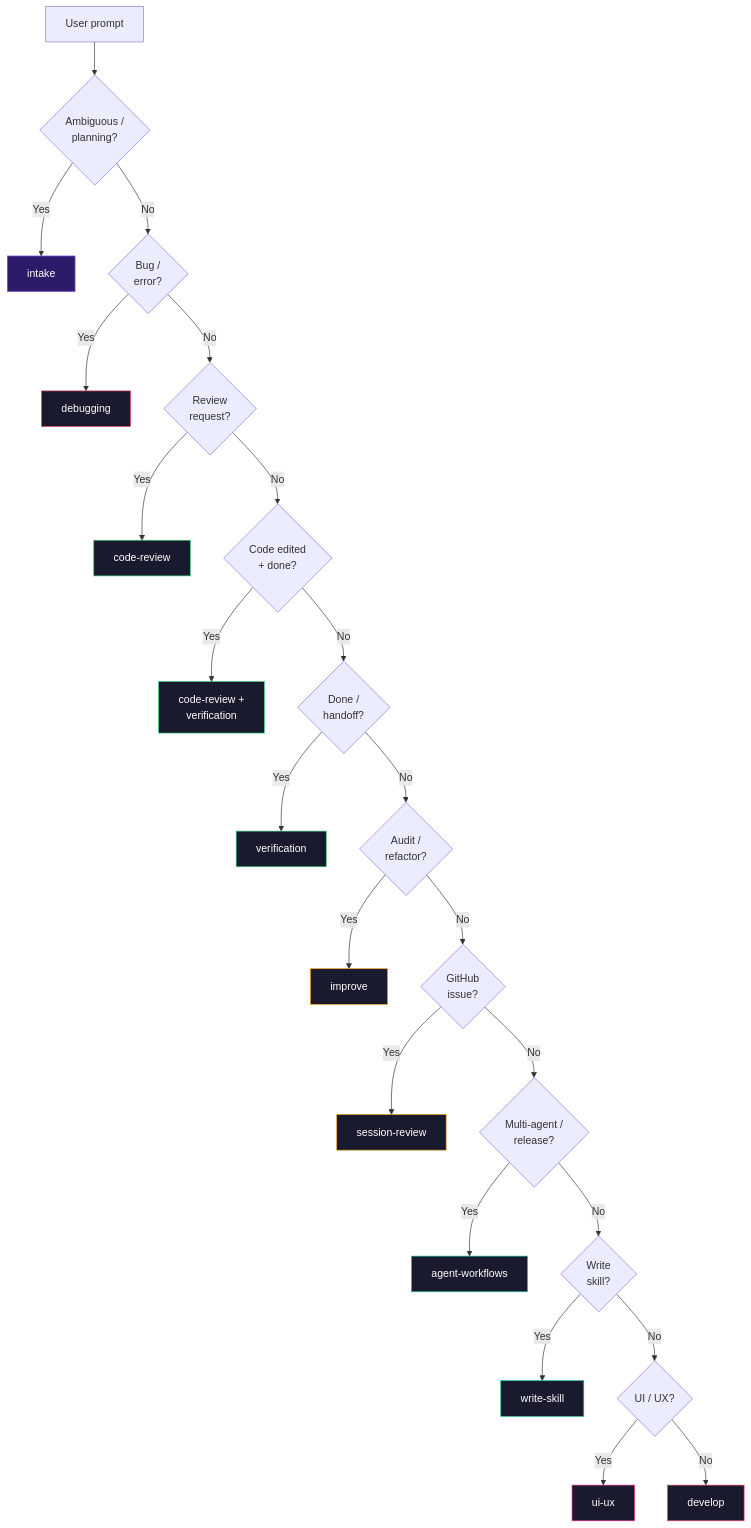
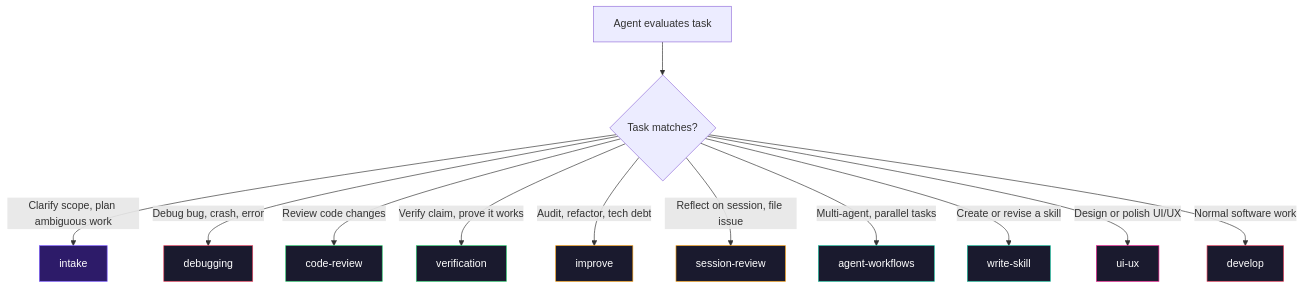
One commit to MarkBovee/agent-skills-kit changed the diagram in README.md. Above: the diagram before and after it, drawn with Mermaid. The commit also changed other lines of this file and 16 other files, not shown here.

````diff
--- a/README.md
+++ b/README.md
@@ -236,36 +222,25 @@
 ```mermaid
 flowchart TD
-    P[User prompt] --> C1{"Ambiguous /<br>planning?"}
-    C1 -->|Yes| I[intake]
-    C1 -->|No| C2{"Bug /<br>error?"}
-    C2 -->|Yes| D[debugging]
-    C2 -->|No| C3{"Review<br>request?"}
-    C3 -->|Yes| CR[code-review]
-    C3 -->|No| C4{"Code edited<br>+ done?"}
-    C4 -->|Yes| CRV["code-review +<br>verification"]
-    C4 -->|No| C5{"Done /<br>handoff?"}
-    C5 -->|Yes| V[verification]
-    C5 -->|No| C6{"Audit /<br>refactor?"}
-    C6 -->|Yes| R[improve]
-    C6 -->|No| C7{"GitHub<br>issue?"}
-    C7 -->|Yes| G["session-review"]
-    C7 -->|No| C8{"Multi-agent /<br>release?"}
-    C8 -->|Yes| A[agent-workflows]
-    C8 -->|No| C9{"Write<br>skill?"}
-    C9 -->|Yes| W[write-skill]
-    C9 -->|No| C10{"UI / UX?"}
-    C10 -->|Yes| U[ui-ux]
-    C10 -->|No| DE[develop]
+    A[Agent evaluates task] --> B{Task matches?}
+    B -->|Clarify scope, plan ambiguous work| I[intake]
+    B -->|Debug bug, crash, error| D[debugging]
+    B -->|Review code changes| CR[code-review]
+    B -->|Verify claim, prove it works| V[verification]
+    B -->|Audit, refactor, tech debt| R[improve]
+    B -->|Reflect on session, file issue| G[session-review]
+    B -->|Multi-agent, parallel tasks| A2[agent-workflows]
+    B -->|Create or revise a skill| W[write-skill]
+    B -->|Design or polish UI/UX| U[ui-ux]
+    B -->|Normal software work| DE[develop]
 
     style I fill:#2d1b69,stroke:#7C5CFF,color:#fff
     style D fill:#1a1a2e,stroke:#e94560,color:#fff
     style DE fill:#1a1a2e,stroke:#e94560,color:#fff
     style CR fill:#1a1a2e,stroke:#2ecc71,color:#fff
-    style CRV fill:#1a1a2e,stroke:#2ecc71,color:#fff
     style V fill:#1a1a2e,stroke:#2ecc71,color:#fff
     style R fill:#1a1a2e,stroke:#f39c12,color:#fff
     style G fill:#1a1a2e,stroke:#f39c12,color:#fff
-    style A fill:#1a1a2e,stroke:#1abc9c,color:#fff
+    style A2 fill:#1a1a2e,stroke:#1abc9c,color:#fff
     style W fill:#1a1a2e,stroke:#1abc9c,color:#fff
     style U fill:#1a1a2e,stroke:#e91e8c,color:#fff
 ```
````
